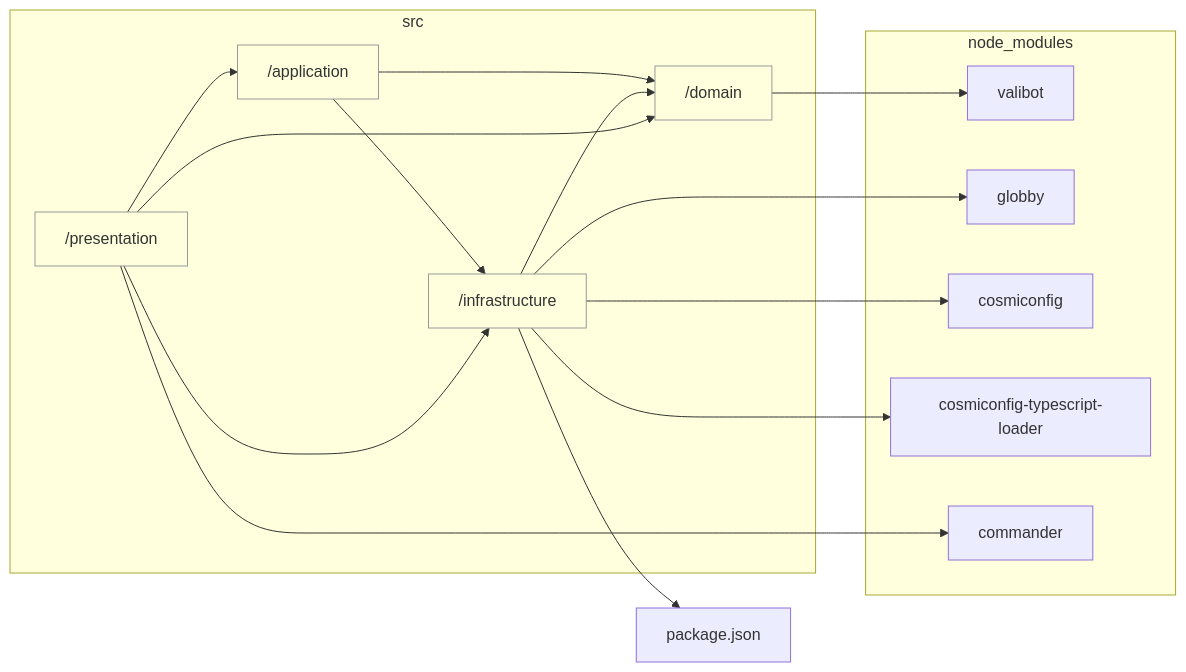
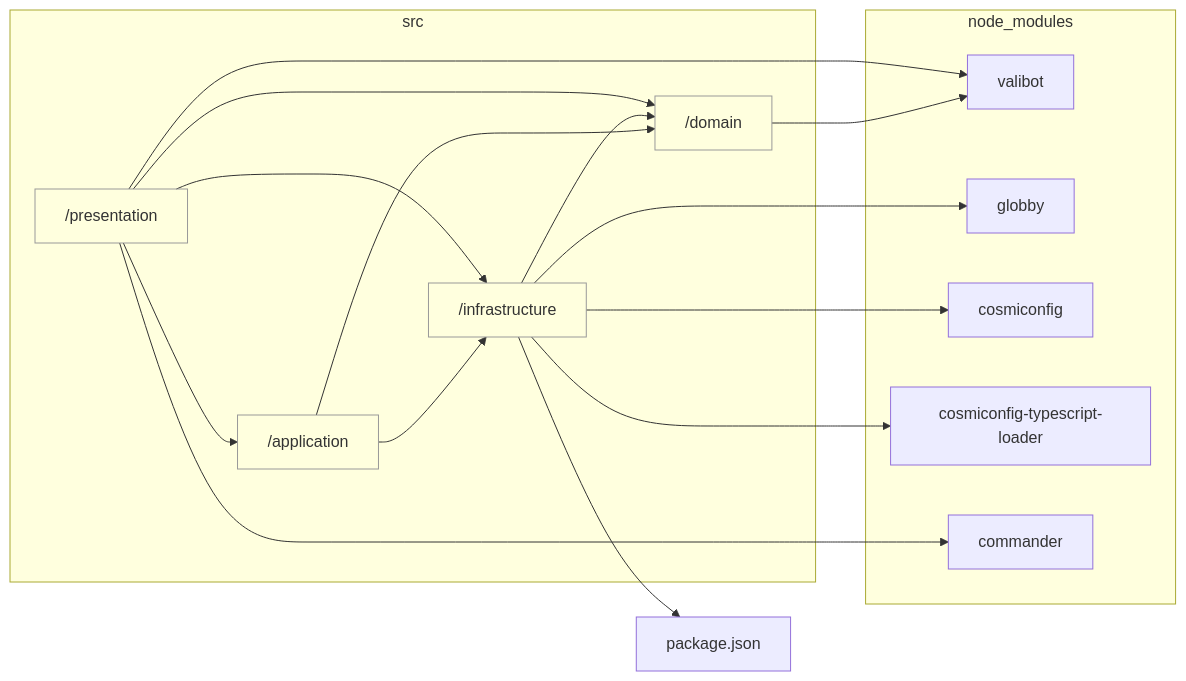
Before and after one commit to sugurutakahashi-1234/mermaid-markdown-wrap: the diagram in docs/reports/dependencies/layers.md, drawn with Mermaid. The commit also changed 5 other files, not shown here.

````diff
--- a/docs/reports/dependencies/layers.md
+++ b/docs/reports/dependencies/layers.md
@@ -7,29 +7,30 @@
 ```mermaid
 flowchart LR
     classDef dir fill:#0000,stroke:#999
     subgraph src["src"]
         src/domain["/domain"]:::dir
         src/application["/application"]:::dir
         src/infrastructure["/infrastructure"]:::dir
         src/presentation["/presentation"]:::dir
     end
     subgraph node//modules["node_modules"]
         node//modules/valibot/dist/index.d.cts["valibot"]
         node//modules/globby/index.d.ts["globby"]
         node//modules/cosmiconfig/dist/index.d.ts["cosmiconfig"]
         node//modules/cosmiconfig//typescript//loader/dist/types/index.d.ts["cosmiconfig-typescript-loader"]
         node//modules/commander/typings/index.d.ts["commander"]
     end
     src/domain-->node//modules/valibot/dist/index.d.cts
     src/application-->src/domain
     src/infrastructure-->node//modules/globby/index.d.ts
     src/application-->src/infrastructure
     src/infrastructure-->node//modules/cosmiconfig/dist/index.d.ts
     src/infrastructure-->node//modules/cosmiconfig//typescript//loader/dist/types/index.d.ts
     src/infrastructure-->src/domain
     src/infrastructure-->package.json
     src/presentation-->src/application
     src/presentation-->src/domain
     src/presentation-->src/infrastructure
     src/presentation-->node//modules/commander/typings/index.d.ts
+    src/presentation-->node//modules/valibot/dist/index.d.cts
 ```
````
